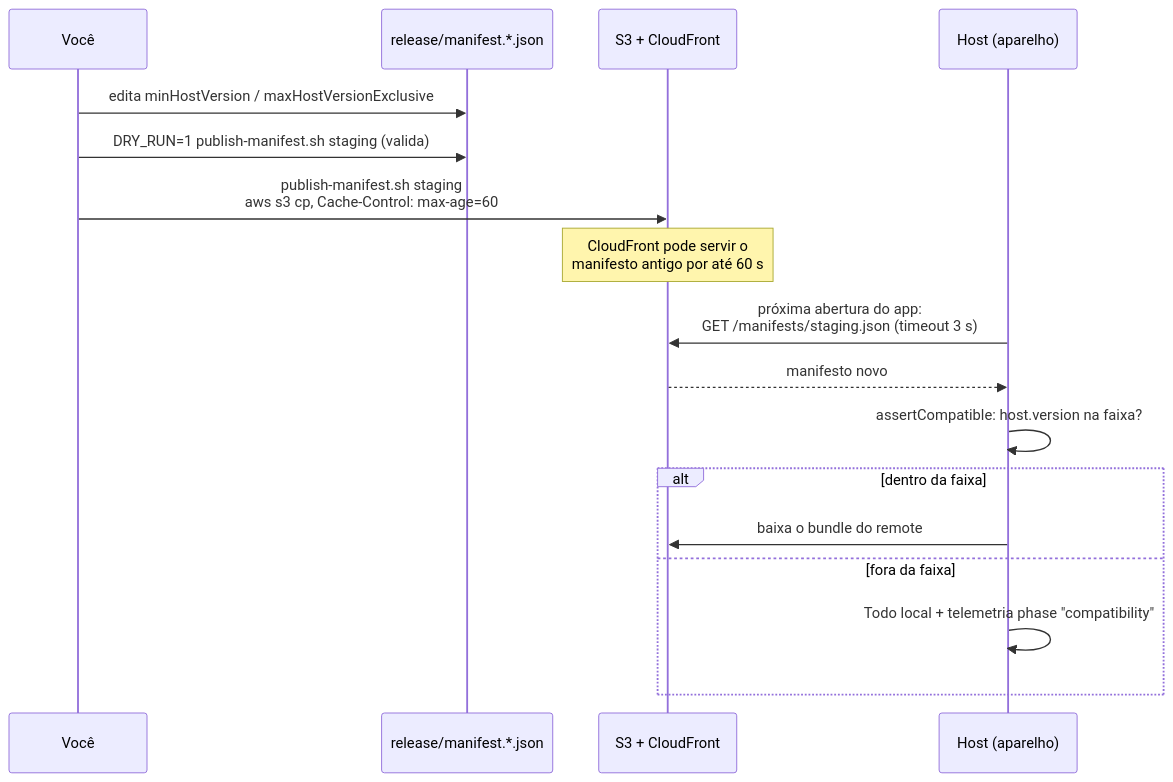
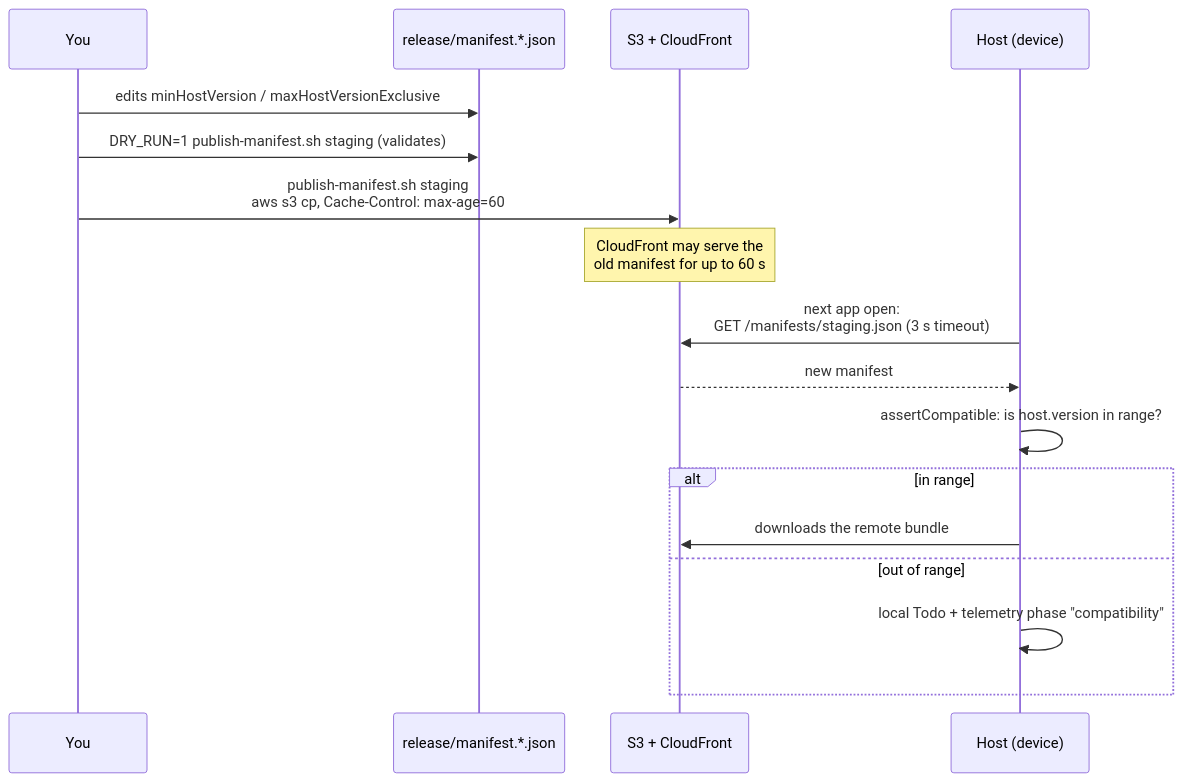
Before and after one commit to Luizrebelatto/module-federation-playground: the eighth of 8 diagrams in todo-mf/ARCHITECTURE.md, drawn with Mermaid. The commit also changed other lines of this file and 16 other files, not shown here.

````diff
--- a/todo-mf/ARCHITECTURE.md
+++ b/todo-mf/ARCHITECTURE.md
@@ -412,20 +412,20 @@
 ```mermaid
 sequenceDiagram
-  participant Dev as Você
+  participant Dev as You
   participant Repo as release/manifest.*.json
   participant S3 as S3 + CloudFront
-  participant App as Host (aparelho)
+  participant App as Host (device)
 
-  Dev->>Repo: edita minHostVersion / maxHostVersionExclusive
-  Dev->>Repo: DRY_RUN=1 publish-manifest.sh staging (valida)
+  Dev->>Repo: edits minHostVersion / maxHostVersionExclusive
+  Dev->>Repo: DRY_RUN=1 publish-manifest.sh staging (validates)
   Dev->>S3: publish-manifest.sh staging<br/>aws s3 cp, Cache-Control: max-age=60
-  Note over S3: CloudFront pode servir o<br/>manifesto antigo por até 60 s
-  App->>S3: próxima abertura do app:<br/>GET /manifests/staging.json (timeout 3 s)
-  S3-->>App: manifesto novo
-  App->>App: assertCompatible: host.version na faixa?
-  alt dentro da faixa
-    App->>S3: baixa o bundle do remote
-  else fora da faixa
-    App->>App: Todo local + telemetria phase "compatibility"
+  Note over S3: CloudFront may serve the<br/>old manifest for up to 60 s
+  App->>S3: next app open:<br/>GET /manifests/staging.json (3 s timeout)
+  S3-->>App: new manifest
+  App->>App: assertCompatible: is host.version in range?
+  alt in range
+    App->>S3: downloads the remote bundle
+  else out of range
+    App->>App: local Todo + telemetry phase "compatibility"
   end
 ```
````
